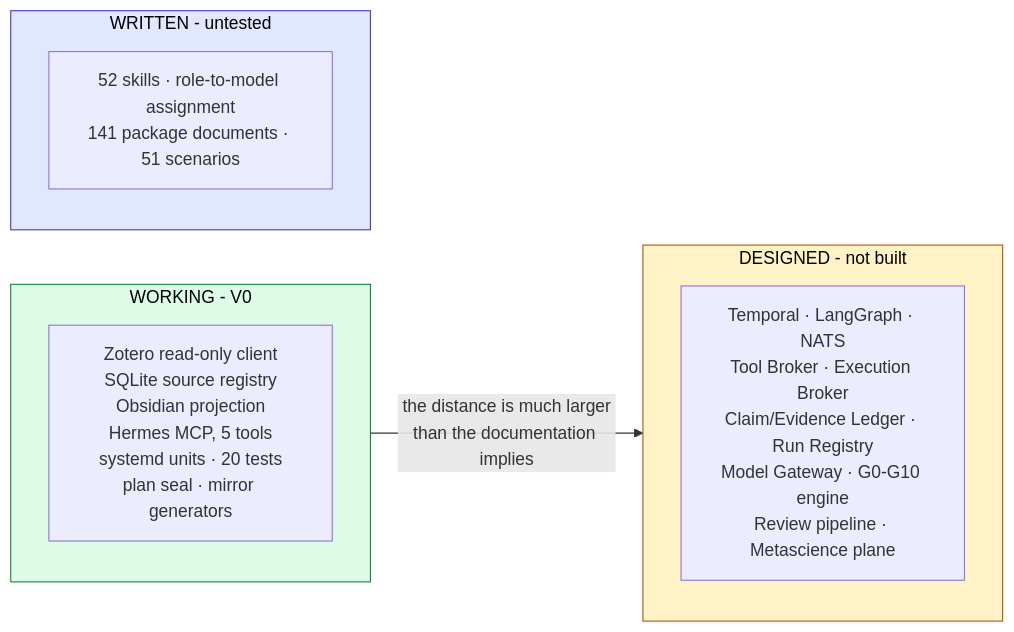
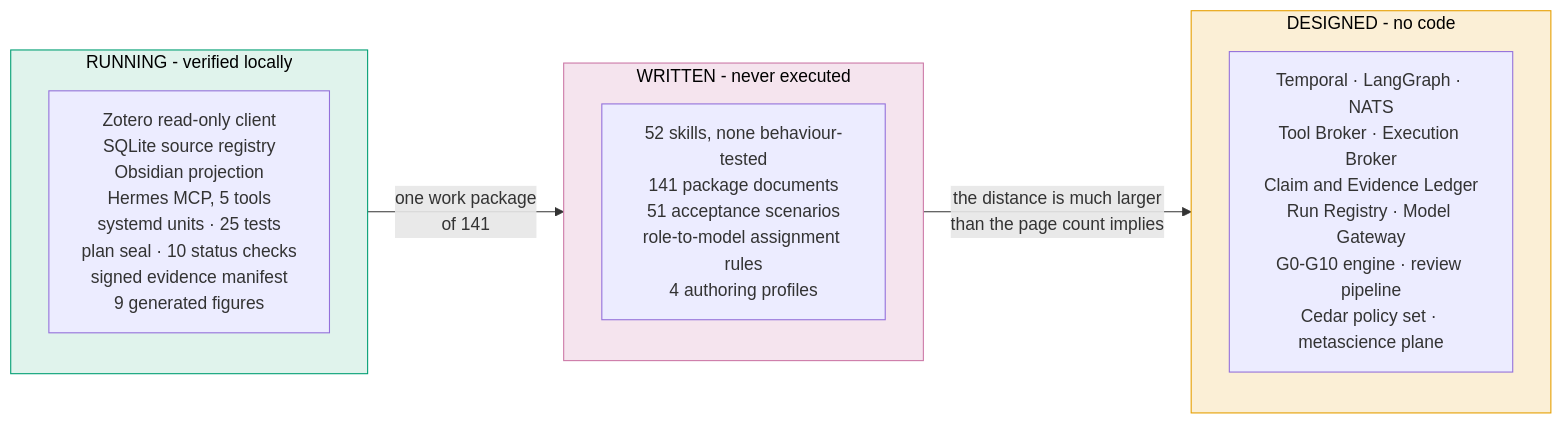
One commit to furkanhanilci/AETHRION changed diagram 14 of 16 in README.md. Above: the diagram before and after it, drawn with Mermaid. The commit also changed other lines of this file and 32 other files, not shown here.

````diff
--- a/README.md
+++ b/README.md
@@ -587,16 +643,17 @@
 ```mermaid
 flowchart LR
-    subgraph WORKING["WORKING - V0"]
-        W["Zotero read-only client<br/>SQLite source registry<br/>Obsidian projection<br/>Hermes MCP, 5 tools<br/>systemd units · 20 tests<br/>plan seal · mirror generators"]
+    subgraph WORKING["RUNNING - verified locally"]
+        W["Zotero read-only client<br/>SQLite source registry<br/>Obsidian projection<br/>Hermes MCP, 5 tools<br/>systemd units · 25 tests<br/>plan seal · 10 status checks<br/>signed evidence manifest<br/>9 generated figures"]
     end
-    subgraph DESIGNED["DESIGNED - not built"]
-        D["Temporal · LangGraph · NATS<br/>Tool Broker · Execution Broker<br/>Claim/Evidence Ledger · Run Registry<br/>Model Gateway · G0-G10 engine<br/>Review pipeline · Metascience plane"]
+    subgraph WRITTEN["WRITTEN - never executed"]
+        S["52 skills, none behaviour-tested<br/>141 package documents<br/>51 acceptance scenarios<br/>role-to-model assignment rules<br/>4 authoring profiles"]
     end
-    subgraph WRITTEN["WRITTEN - untested"]
-        S["52 skills · role-to-model assignment<br/>141 package documents · 51 scenarios"]
+    subgraph DESIGNED["DESIGNED - no code"]
+        D["Temporal · LangGraph · NATS<br/>Tool Broker · Execution Broker<br/>Claim and Evidence Ledger<br/>Run Registry · Model Gateway<br/>G0-G10 engine · review pipeline<br/>Cedar policy set · metascience plane"]
     end
-    WORKING -->|"the distance is much larger<br/>than the documentation implies"| DESIGNED
-    style WORKING fill:#dcfce7,stroke:#15803d,color:#000
-    style DESIGNED fill:#fef3c7,stroke:#b45309,color:#000
-    style WRITTEN fill:#e0e7ff,stroke:#4338ca,color:#000
+    WORKING -->|"one work package<br/>of 141"| WRITTEN
+    WRITTEN -->|"the distance is much larger<br/>than the page count implies"| DESIGNED
+    style WORKING fill:#E0F3EC,stroke:#009E73,color:#000
+    style WRITTEN fill:#F5E4EE,stroke:#CC79A7,color:#000
+    style DESIGNED fill:#FBEFD6,stroke:#E69F00,color:#000
 ```
````
